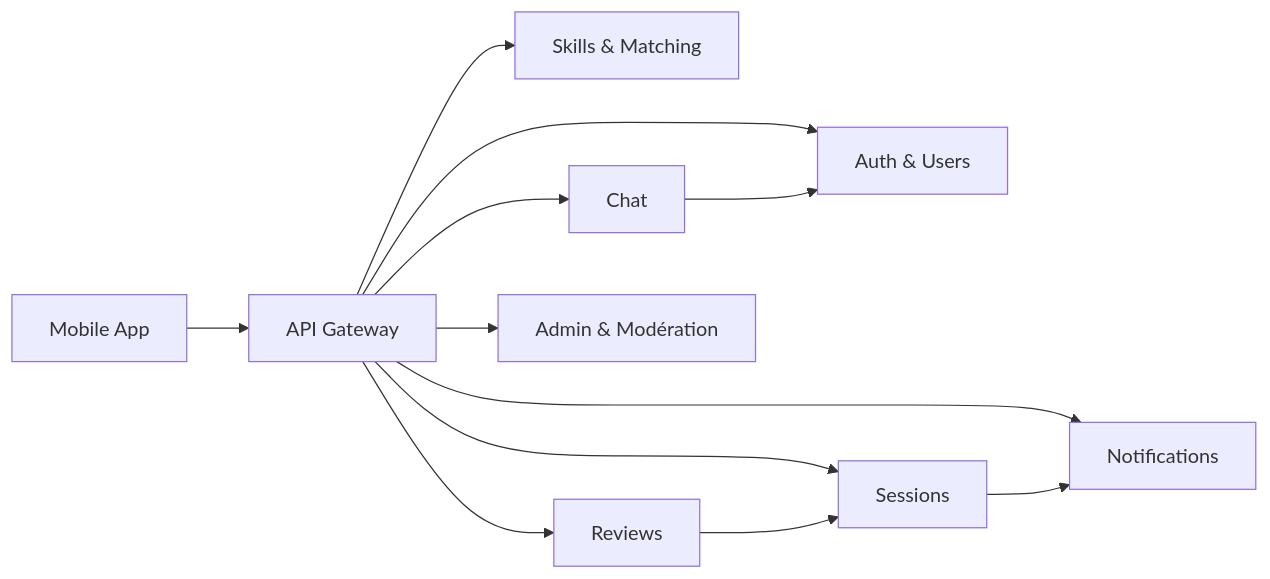
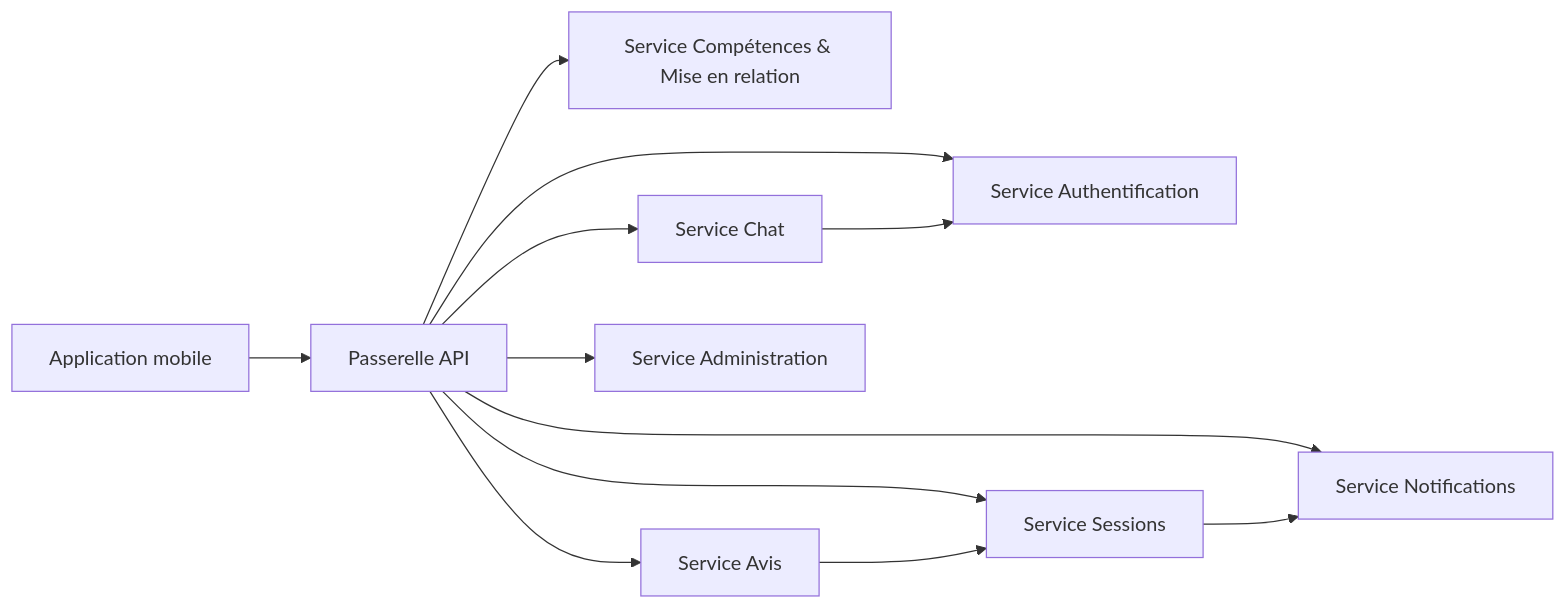
One commit to youcisla/SwapSkill changed the third of 8 diagrams in README.md. Above: the diagram before and after it, drawn with Mermaid. The commit also changed other lines of this file, not shown here.

````diff
--- a/README.md
+++ b/README.md
@@ -199,24 +200,24 @@
 ```mermaid
 flowchart LR
-	App[Mobile App]
-	APIGW[API Gateway]
-	Auth[Auth & Users]
-	Match[Skills & Matching]
-	Sess[Sessions]
-	Chat[Chat]
-	Rev[Reviews]
-	Notif[Notifications]
-	Admin[Admin & Modération]
+	Application[Application mobile]
+	Passerelle[Passerelle API]
+	ServiceAuth[Service Authentification]
+	ServiceMiseEnRelation[Service Compétences & Mise en relation]
+	ServiceSession[Service Sessions]
+	ServiceChat[Service Chat]
+	ServiceAvis[Service Avis]
+	ServiceNotif[Service Notifications]
+	ServiceAdmin[Service Administration]
 
-	App --> APIGW
-	APIGW --> Auth
-	APIGW --> Match
-	APIGW --> Sess
-	APIGW --> Chat
-	APIGW --> Rev
-	APIGW --> Notif
-	APIGW --> Admin
-	Sess --> Notif
-	Rev --> Sess
-	Chat --> Auth
+	Application --> Passerelle
+	Passerelle --> ServiceAuth
+	Passerelle --> ServiceMiseEnRelation
+	Passerelle --> ServiceSession
+	Passerelle --> ServiceChat
+	Passerelle --> ServiceAvis
+	Passerelle --> ServiceNotif
+	Passerelle --> ServiceAdmin
+	ServiceSession --> ServiceNotif
+	ServiceAvis --> ServiceSession
+	ServiceChat --> ServiceAuth
 ```
````
